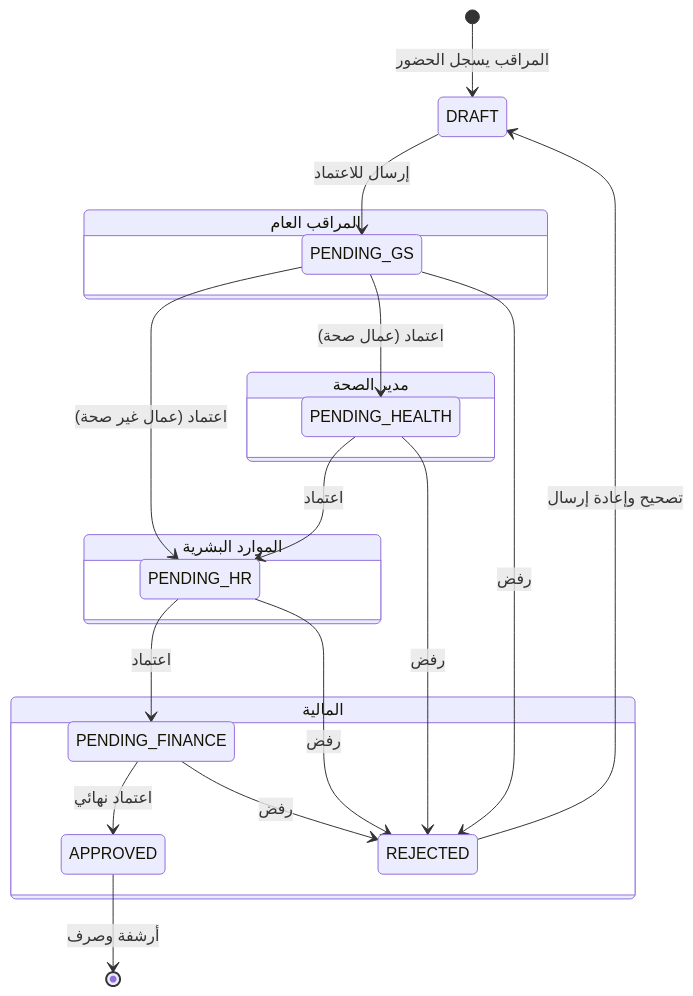
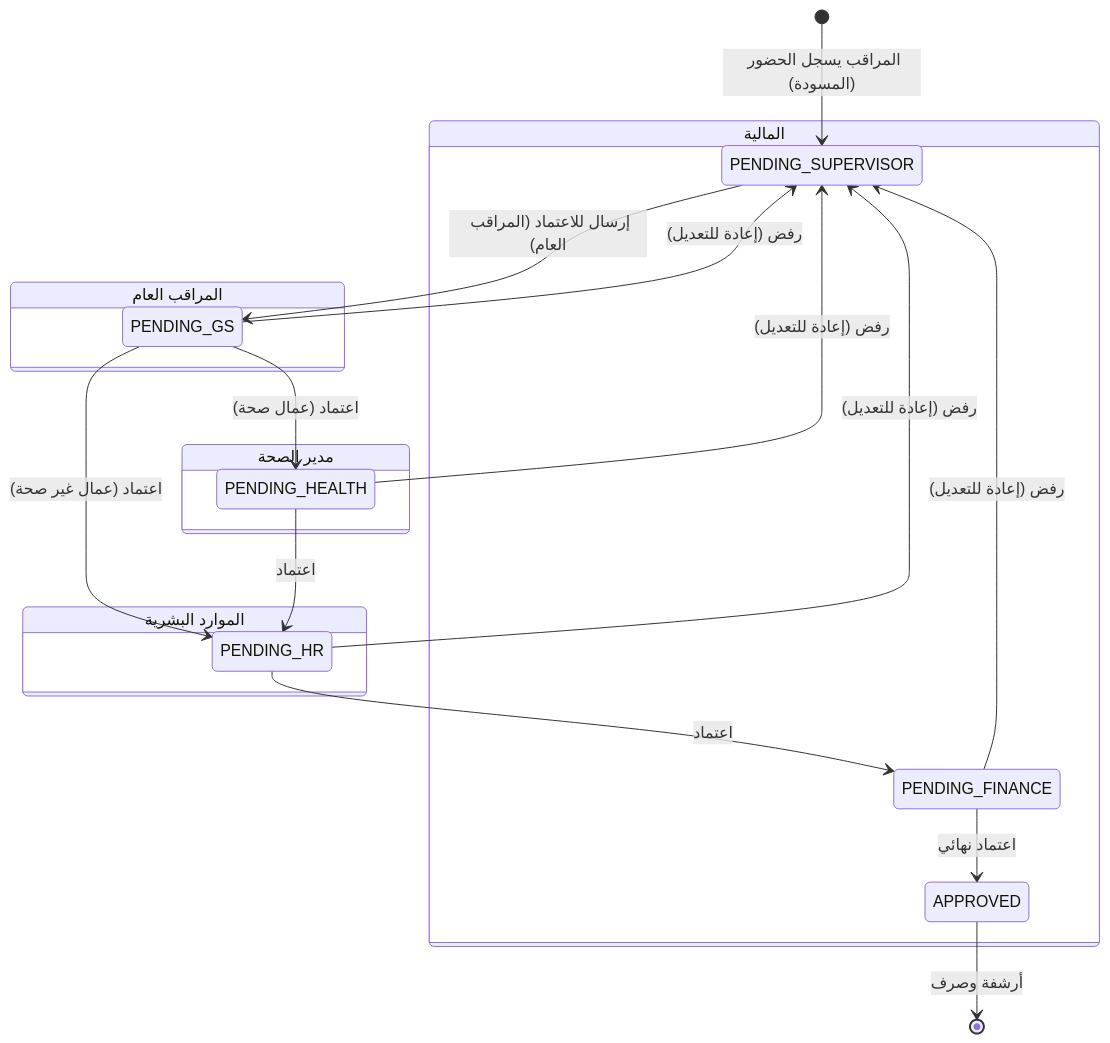
Before and after one commit to Abdoocoder/tayid-aldawam: the diagram in README.md, drawn with Mermaid. The commit also changed other lines of this file, not shown here.

Commit message:
docs: update project documentation

````diff
--- a/README.md
+++ b/README.md
@@ -64,29 +71,28 @@
 ```mermaid
 stateDiagram-v2
-    [*] --> DRAFT: المراقب يسجل الحضور
-    DRAFT --> PENDING_GS: إرسال للاعتماد
+    [*] --> PENDING_SUPERVISOR: المراقب يسجل الحضور (المسودة)
+    PENDING_SUPERVISOR --> PENDING_GS: إرسال للاعتماد (المراقب العام)
     
     state "المراقب العام" as GS {
         PENDING_GS --> PENDING_HR: اعتماد (عمال غير صحة)
         PENDING_GS --> PENDING_HEALTH: اعتماد (عمال صحة)
-        PENDING_GS --> REJECTED: رفض
+        PENDING_GS --> PENDING_SUPERVISOR: رفض (إعادة للتعديل)
     }
 
     state "مدير الصحة" as Health {
         PENDING_HEALTH --> PENDING_HR: اعتماد
-        PENDING_HEALTH --> REJECTED: رفض
+        PENDING_HEALTH --> PENDING_SUPERVISOR: رفض (إعادة للتعديل)
     }
 
     state "الموارد البشرية" as HR {
         PENDING_HR --> PENDING_FINANCE: اعتماد
-        PENDING_HR --> REJECTED: رفض
+        PENDING_HR --> PENDING_SUPERVISOR: رفض (إعادة للتعديل)
     }
 
     state "المالية" as Finance {
         PENDING_FINANCE --> APPROVED: اعتماد نهائي
-        PENDING_FINANCE --> REJECTED: رفض
+        PENDING_FINANCE --> PENDING_SUPERVISOR: رفض (إعادة للتعديل)
     }
 
-    REJECTED --> DRAFT: تصحيح وإعادة إرسال
     APPROVED --> [*]: أرشفة وصرف
 ```
````
